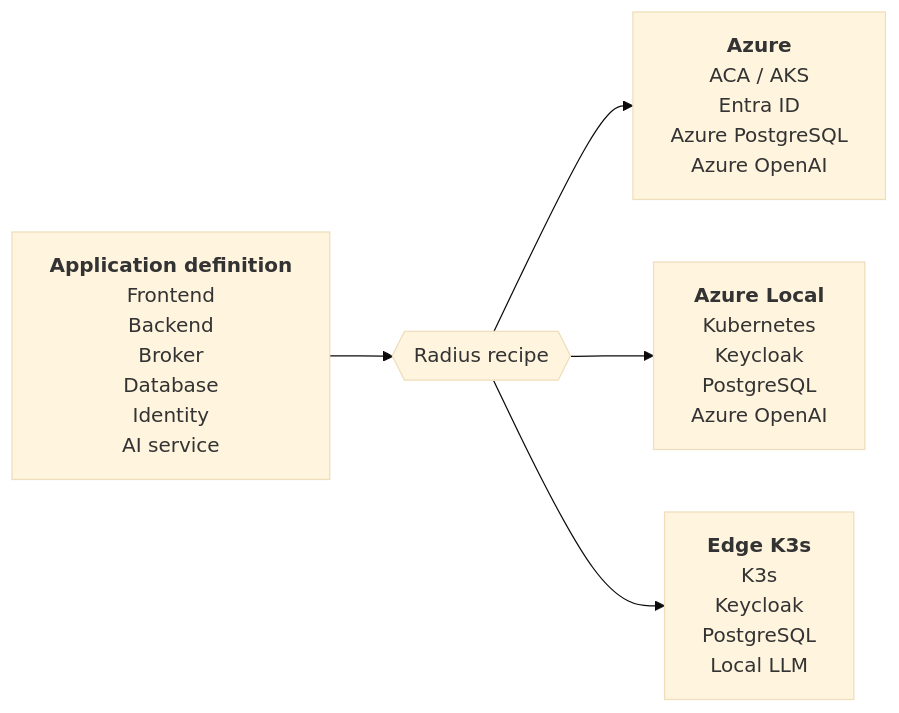
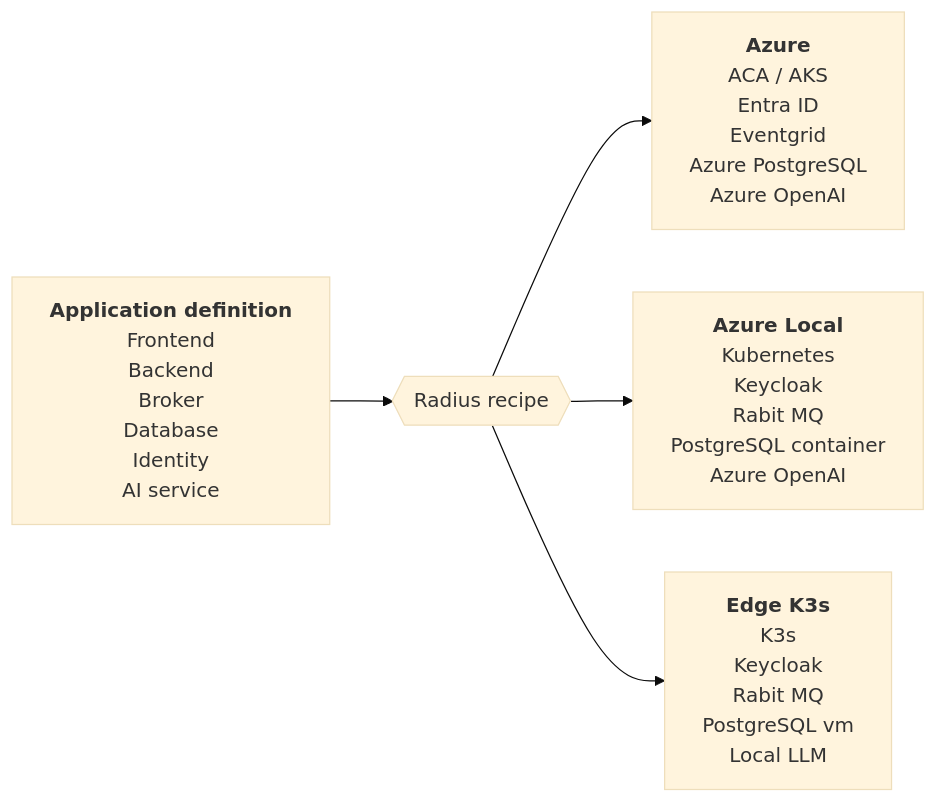
Before and after one commit to microsoft/MicroHack: the second of 3 diagrams in 03-Azure/01-01-App Innovation/04-adaptive-apps/Readme.md, drawn with Mermaid (base theme).

````diff
--- a/03-Azure/01-01-App Innovation/04-adaptive-apps/Readme.md
+++ b/03-Azure/01-01-App Innovation/04-adaptive-apps/Readme.md
@@ -86,8 +86,8 @@
 ```mermaid
 flowchart LR
     DEF["<b>Application definition</b><br/>Frontend<br/>Backend<br/>Broker<br/>Database<br/>Identity<br/>AI service"]
     DEF --> REC{{"Radius recipe"}}
-    REC --> AZ["<b>Azure</b><br/>ACA / AKS<br/>Entra ID<br/>Azure PostgreSQL<br/>Azure OpenAI"]
-    REC --> AL["<b>Azure Local</b><br/>Kubernetes<br/>Keycloak<br/>PostgreSQL<br/>Azure OpenAI"]
-    REC --> ED["<b>Edge K3s</b><br/>K3s<br/>Keycloak<br/>PostgreSQL<br/>Local LLM"]
+    REC --> AZ["<b>Azure</b><br/>ACA / AKS<br/>Entra ID<br/>Eventgrid<br/>Azure PostgreSQL<br/>Azure OpenAI"]
+    REC --> AL["<b>Azure Local</b><br/>Kubernetes<br/>Keycloak<br/>Rabit MQ<br/>PostgreSQL container<br/>Azure OpenAI"]
+    REC --> ED["<b>Edge K3s</b><br/>K3s<br/>Keycloak<br/>Rabit MQ<br/>PostgreSQL vm<br/>Local LLM"]
 ```
````
